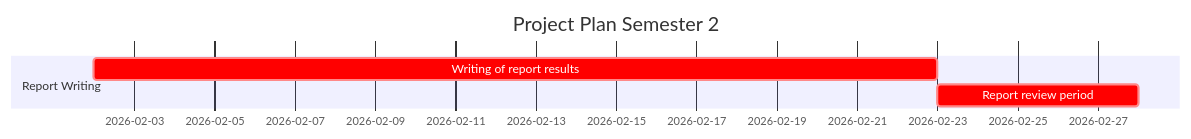
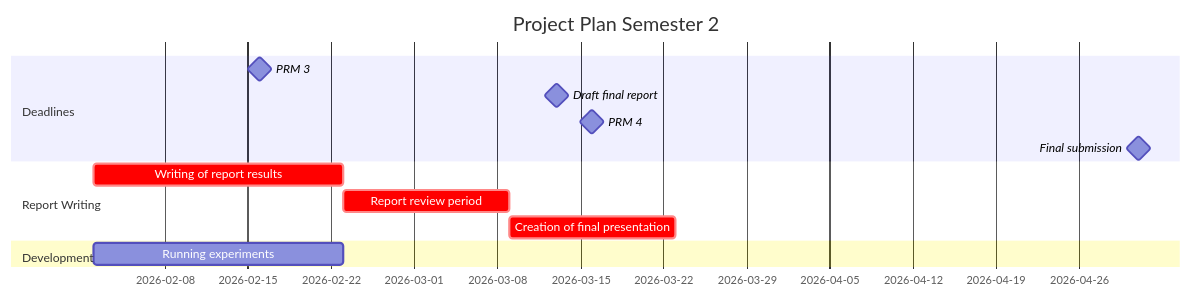
Before and after one commit to coding-beagle/BETC-Mote: the second of 2 diagrams in deliverables/proposal_imgs/mermaid_source.md, drawn with Mermaid. The commit also changed 1 other file, not shown here.

Commit message:
update deadlines

````diff
--- a/deliverables/proposal_imgs/mermaid_source.md
+++ b/deliverables/proposal_imgs/mermaid_source.md
@@ -19,12 +19,16 @@
 ```mermaid
 gantt
     section Deadlines
-      
+      PRM 3: milestone, 2026-02-16,
+      Draft final report : milestone, 2026-03-13,
+      PRM 4: milestone, 2026-03-16,
+      Final submission: milestone, 2026-05-01, 
     section Report Writing
       title Project Plan Semester 2
       Writing of report results  :crit, 2026-02-02, 21d
-      Report review period :crit, 2026-02-23, 5d
-    
+      Report review period :crit, 2026-02-23, 14d
+      Creation of final presentation: crit, 2026-03-09, 14d
     section Development
+      Running experiments: 2026-02-02, 21d
 
 ```
````
